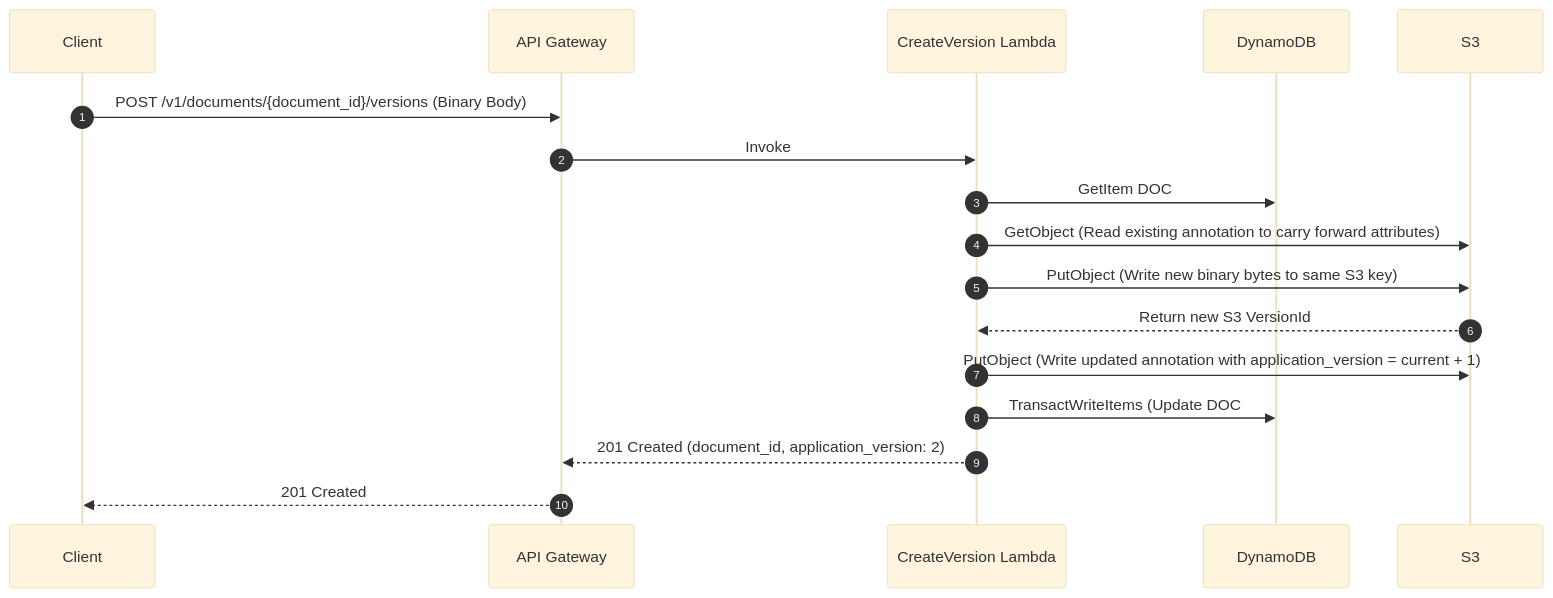
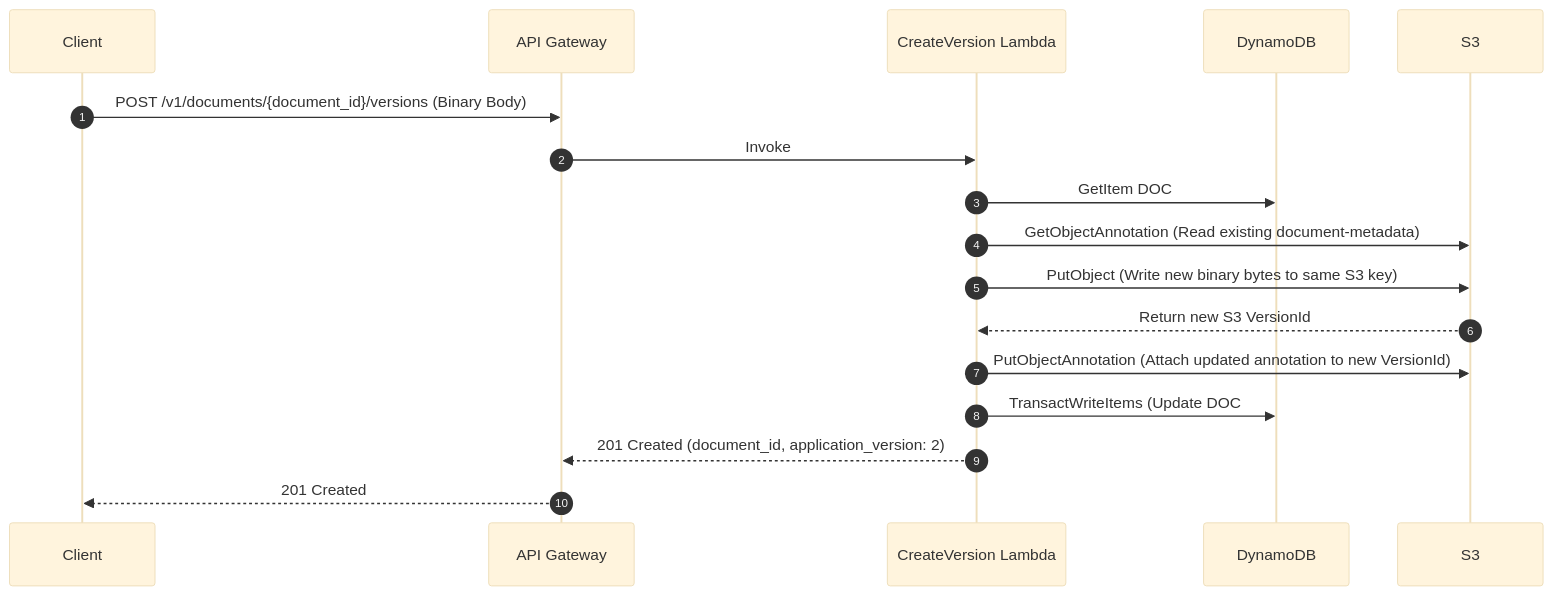
The eighth of 17 diagrams in SOLUTION_ARCHITECTURE_SPECIFICATION.md (peydan/aws-doc-management-system), drawn with Mermaid (base theme) before and after one commit. The commit also changed other lines of this file and 44 other files, not shown here.

Commit message:
feat: add frontend deployment configs, architecture diagrams, and backend updates

````diff
--- a/SOLUTION_ARCHITECTURE_SPECIFICATION.md
+++ b/SOLUTION_ARCHITECTURE_SPECIFICATION.md
@@ -741,14 +742,14 @@
   ```mermaid
   sequenceDiagram
     autonumber
     Client->>API Gateway: POST /v1/documents/{document_id}/versions (Binary Body)
     API Gateway->>CreateVersion Lambda: Invoke
     CreateVersion Lambda->>DynamoDB: GetItem DOC#{document_id} (Fetch current version & key)
-    CreateVersion Lambda->>S3: GetObject (Read existing annotation to carry forward attributes)
+    CreateVersion Lambda->>S3: GetObjectAnnotation (Read existing document-metadata)
     CreateVersion Lambda->>S3: PutObject (Write new binary bytes to same S3 key)
     S3-->>CreateVersion Lambda: Return new S3 VersionId
-    CreateVersion Lambda->>S3: PutObject (Write updated annotation with application_version = current + 1)
+    CreateVersion Lambda->>S3: PutObjectAnnotation (Attach updated annotation to new VersionId)
     CreateVersion Lambda->>DynamoDB: TransactWriteItems (Update DOC# pointer + PutItem VER#0000000002)
     CreateVersion Lambda-->>API Gateway: 201 Created (document_id, application_version: 2)
     API Gateway-->>Client: 201 Created
   ```
````
